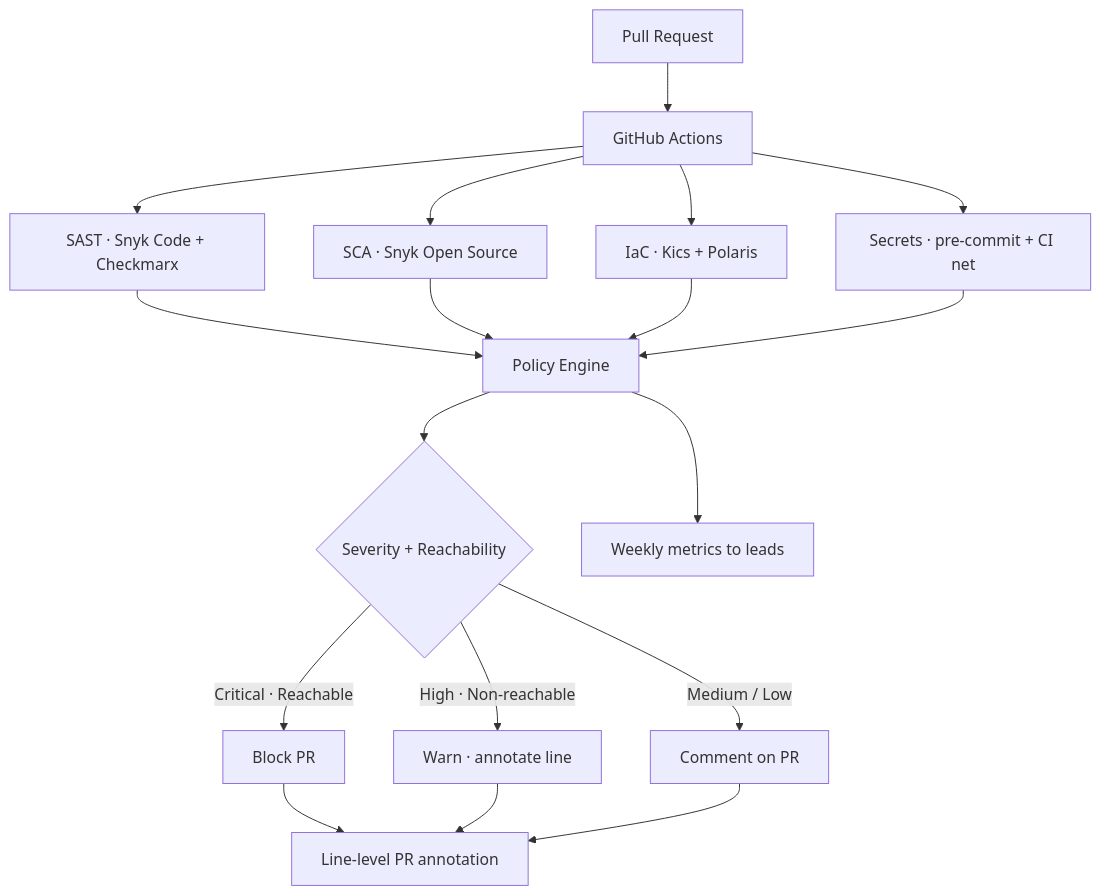
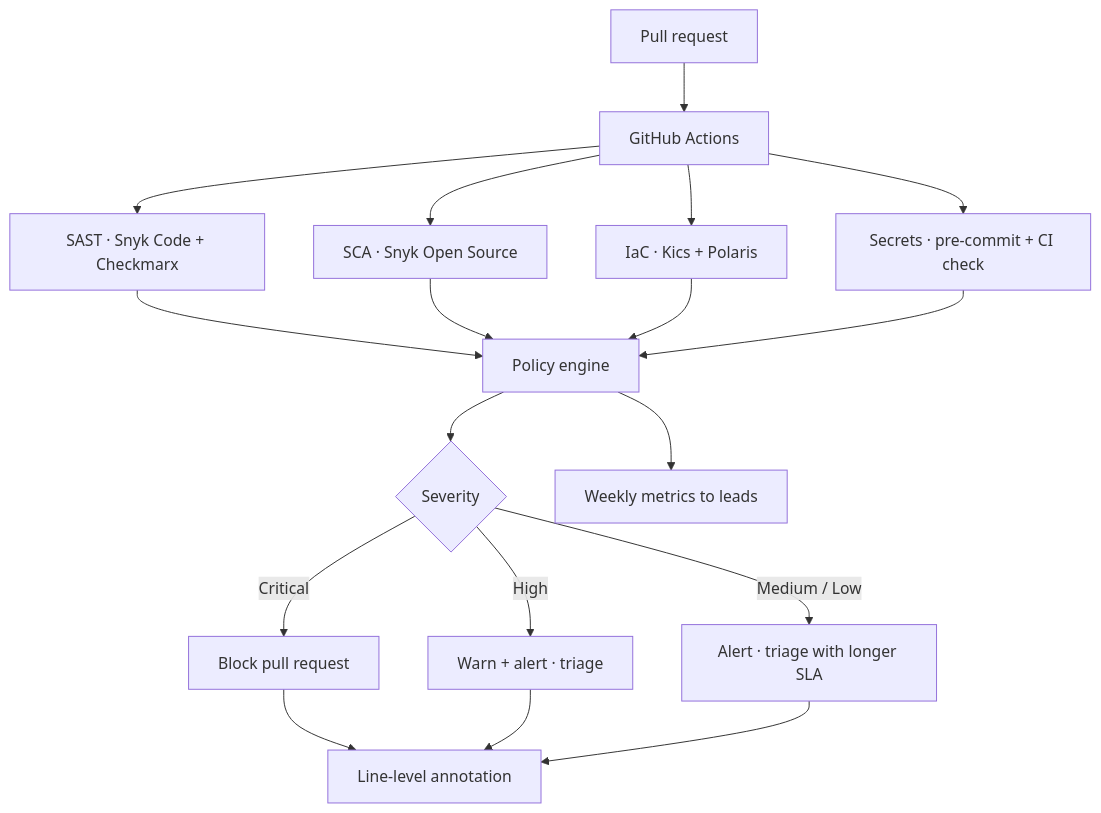
One commit to CHDevSec/portfolio changed the diagram in src/content/projects/en/devsecops-pipeline.mdx. Above: the diagram before and after it, drawn with Mermaid. The commit also changed other lines of this file and 169 other files, not shown here.

````diff
--- a/src/content/projects/en/devsecops-pipeline.mdx
+++ b/src/content/projects/en/devsecops-pipeline.mdx
@@ -45,24 +61,24 @@
 ```mermaid
 flowchart TB
-    A[Pull Request] --> B[GitHub Actions]
+    A[Pull request] --> B[GitHub Actions]
     B --> C[SAST · Snyk Code + Checkmarx]
     B --> D[SCA · Snyk Open Source]
     B --> E[IaC · Kics + Polaris]
-    B --> F[Secrets · pre-commit + CI net]
+    B --> F[Secrets · pre-commit + CI check]
 
-    C --> G[Policy Engine]
+    C --> G[Policy engine]
     D --> G
     E --> G
     F --> G
 
-    G --> H{Severity + Reachability}
-    H -->|Critical · Reachable| I[Block PR]
-    H -->|High · Non-reachable| J[Warn · annotate line]
-    H -->|Medium / Low| K[Comment on PR]
+    G --> H{Severity}
+    H -->|Critical| I[Block pull request]
+    H -->|High| J[Warn + alert · triage]
+    H -->|Medium / Low| K[Alert · triage with longer SLA]
 
-    I --> L[Line-level PR annotation]
+    I --> L[Line-level annotation]
     J --> L
     K --> L
 
     G --> M[Weekly metrics to leads]
 ```
````
